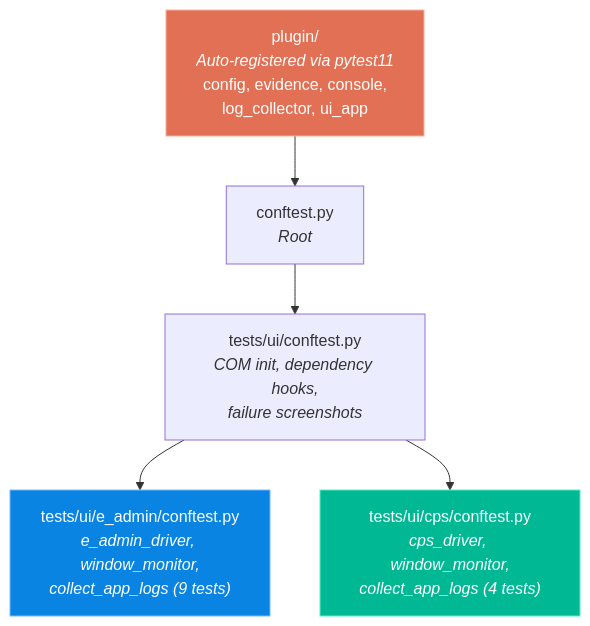
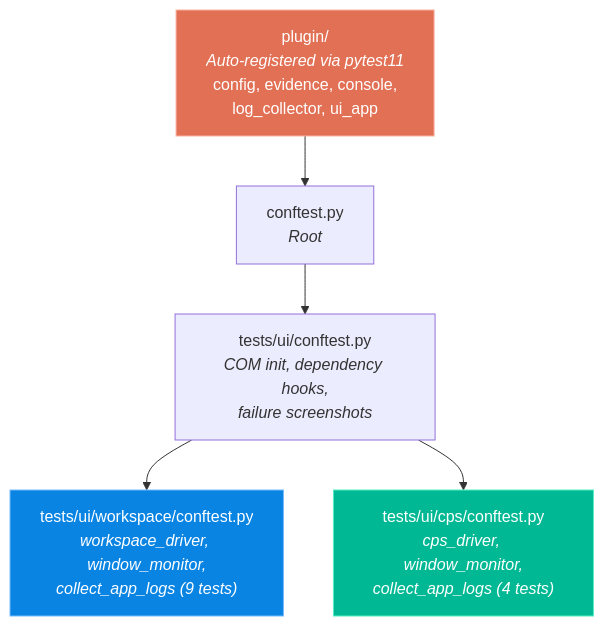
Before and after one commit to mikbalt/E2E_Test_Framework: the ninth of 12 diagrams in docs/INTRODUCTION.md, drawn with Mermaid. The commit also changed other lines of this file and 216 other files, not shown here.

````diff
--- a/docs/INTRODUCTION.md
+++ b/docs/INTRODUCTION.md
@@ -520,16 +520,16 @@
 ```mermaid
 flowchart TB
     P["plugin/<br/><i>Auto-registered via pytest11</i><br/>config, evidence, console,<br/>log_collector, ui_app"]
     R["conftest.py<br/><i>Root</i>"]
     T["tests/ui/conftest.py<br/><i>COM init, dependency hooks,<br/>failure screenshots</i>"]
-    U["tests/ui/e_admin/conftest.py<br/><i>e_admin_driver, window_monitor,<br/>collect_app_logs (9 tests)</i>"]
+    U["tests/ui/workspace/conftest.py<br/><i>workspace_driver, window_monitor,<br/>collect_app_logs (9 tests)</i>"]
     C["tests/ui/cps/conftest.py<br/><i>cps_driver, window_monitor,<br/>collect_app_logs (4 tests)</i>"]
 
     P --> R --> T
     T --> U
     T --> C
 
     style P fill:#e17055,stroke:#fab1a0,color:#ffffff
     style U fill:#0984e3,stroke:#74b9ff,color:#ffffff
     style C fill:#00b894,stroke:#55efc4,color:#ffffff
 ```
````
